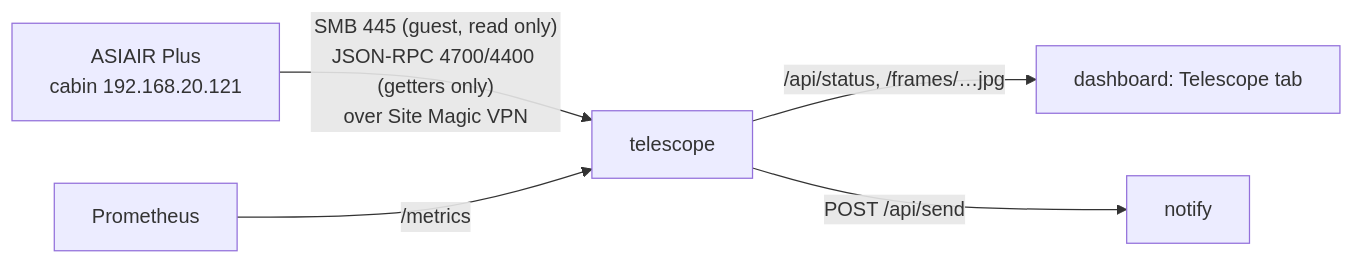
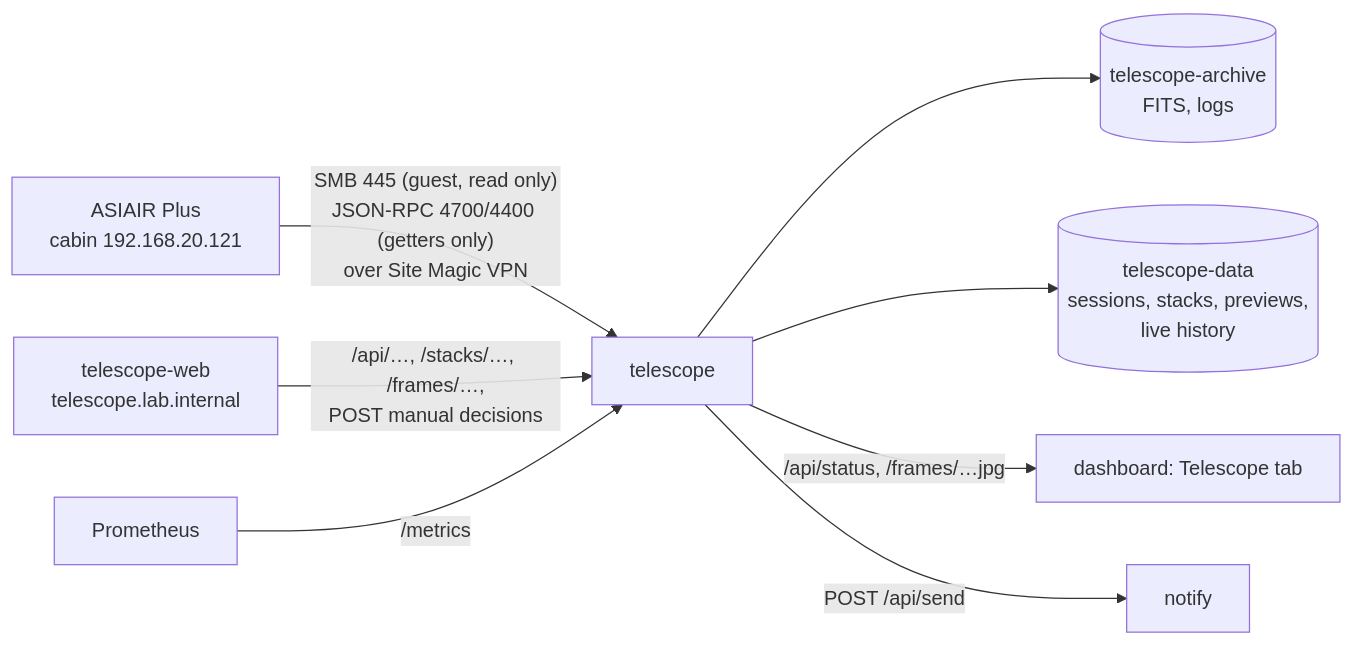
Before and after one commit to legendary-jarppi/homelab: the diagram in apps/telescope/README.md, drawn with Mermaid. The commit also changed other lines of this file and 89 other files, not shown here.

Commit message:
Telescope web app R1 at telescope.lab.internal (live stack, rejection, timeline, guiding, telemetry, conditions, aurora, sessions, red mode); service: FITS archive at home, live stacking and per-session history

````diff
--- a/apps/telescope/README.md
+++ b/apps/telescope/README.md
@@ -5,7 +5,10 @@
 ```mermaid
 flowchart LR
   air[ASIAIR Plus<br/>cabin 192.168.20.121] -- "SMB 445 (guest, read only)<br/>JSON-RPC 4700/4400 (getters only)<br/>over Site Magic VPN" --> t[telescope]
+  t --> a[(telescope-archive<br/>FITS, logs)]
+  t --> s[(telescope-data<br/>sessions, stacks, previews,<br/>live history)]
   t -- "/api/status, /frames/…jpg" --> d[dashboard: Telescope tab]
+  w[telescope-web<br/>telescope.lab.internal] -- "/api/…, /stacks/…, /frames/…,<br/>POST manual decisions" --> t
   t -- "POST /api/send" --> n[notify]
   p[Prometheus] -- /metrics --> t
 ```
````
